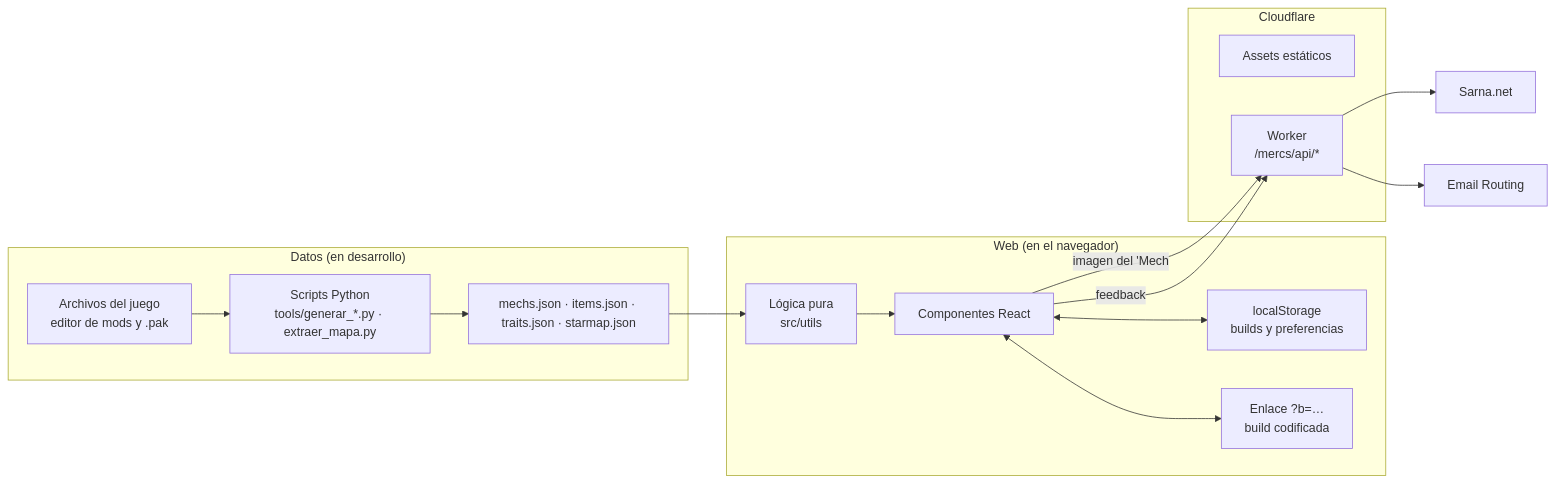
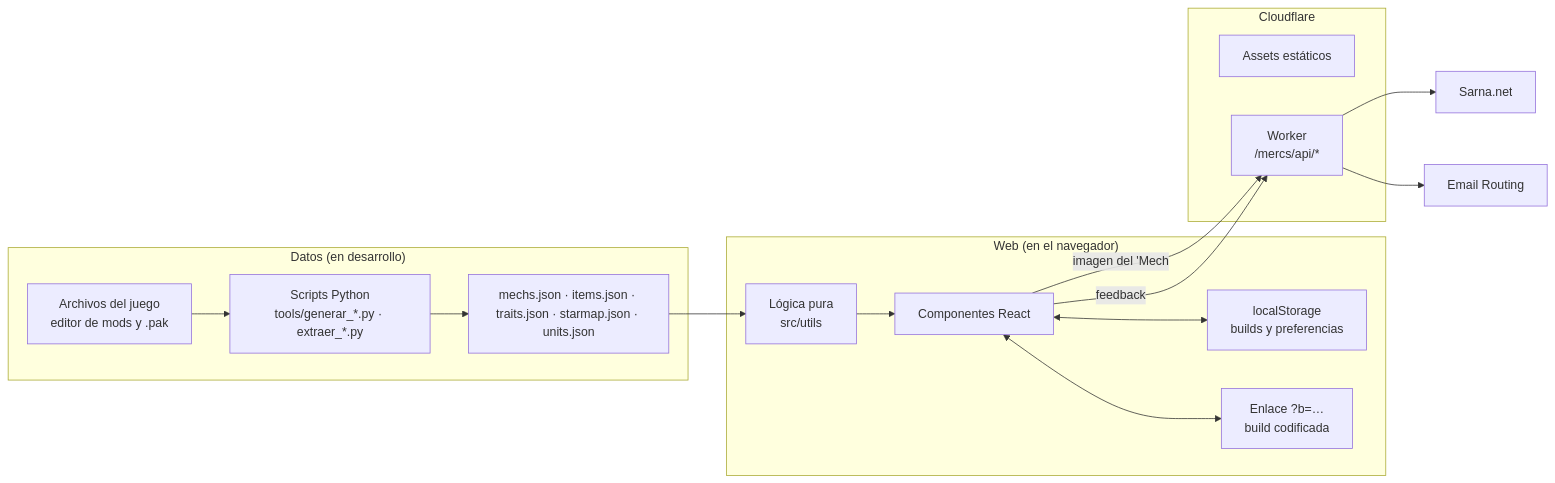
The first of 2 diagrams in docs/arquitectura.md (PonchoiDev/mechlab-web), drawn with Mermaid before and after one commit. The commit also changed other lines of this file and 5 other files, not shown here.

````diff
--- a/docs/arquitectura.md
+++ b/docs/arquitectura.md
@@ -9,21 +9,21 @@
 ```mermaid
 flowchart LR
   subgraph Datos["Datos (en desarrollo)"]
-    Juego["Archivos del juego<br/>editor de mods y .pak"] --> Scripts["Scripts Python<br/>tools/generar_*.py · extraer_mapa.py"]
-    Scripts --> JSON["mechs.json · items.json · traits.json · starmap.json"]
+    Juego["Archivos del juego<br/>editor de mods y .pak"] --> Scripts["Scripts Python<br/>tools/generar_*.py · extraer_*.py"]
+    Scripts --> JSON["mechs.json · items.json · traits.json · starmap.json · units.json"]
   end
   subgraph Web["Web (en el navegador)"]
     JSON --> Logica["Lógica pura<br/>src/utils"]
     Logica --> UI["Componentes React"]
     UI <--> Local["localStorage<br/>builds y preferencias"]
     UI <--> Enlace["Enlace ?b=…<br/>build codificada"]
   end
   subgraph Cloudflare
     Assets["Assets estáticos"]
     Worker["Worker<br/>/mercs/api/*"]
   end
   UI -- "imagen del 'Mech" --> Worker
   UI -- "feedback" --> Worker
   Worker --> Sarna["Sarna.net"]
   Worker --> Correo["Email Routing"]
 ```
````
